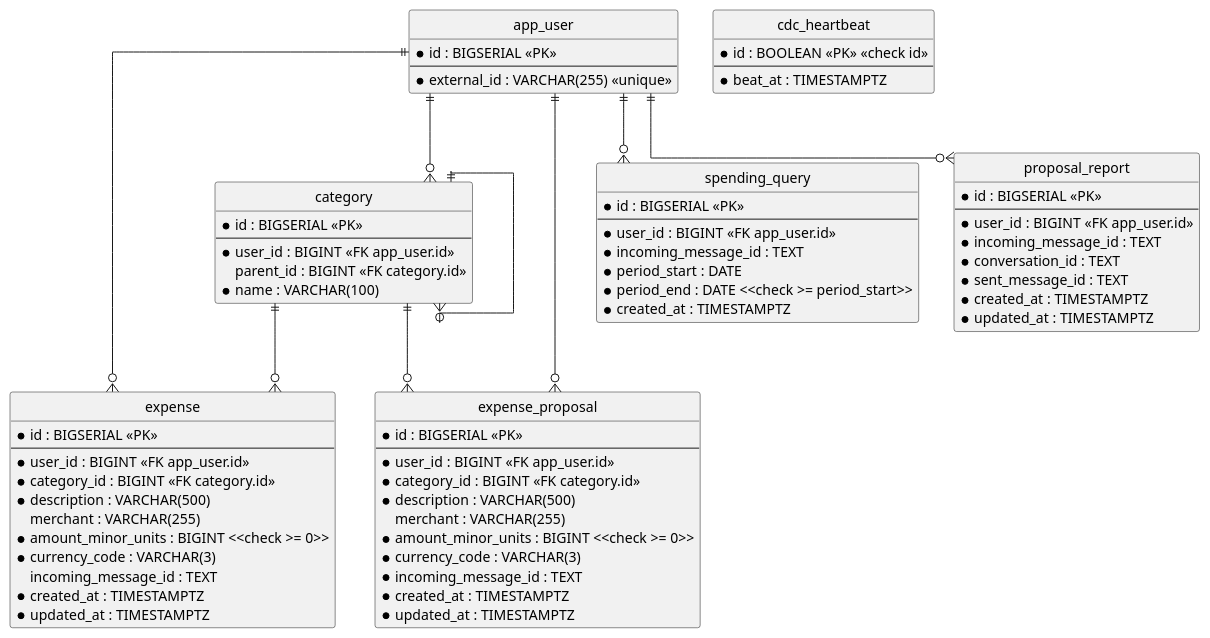
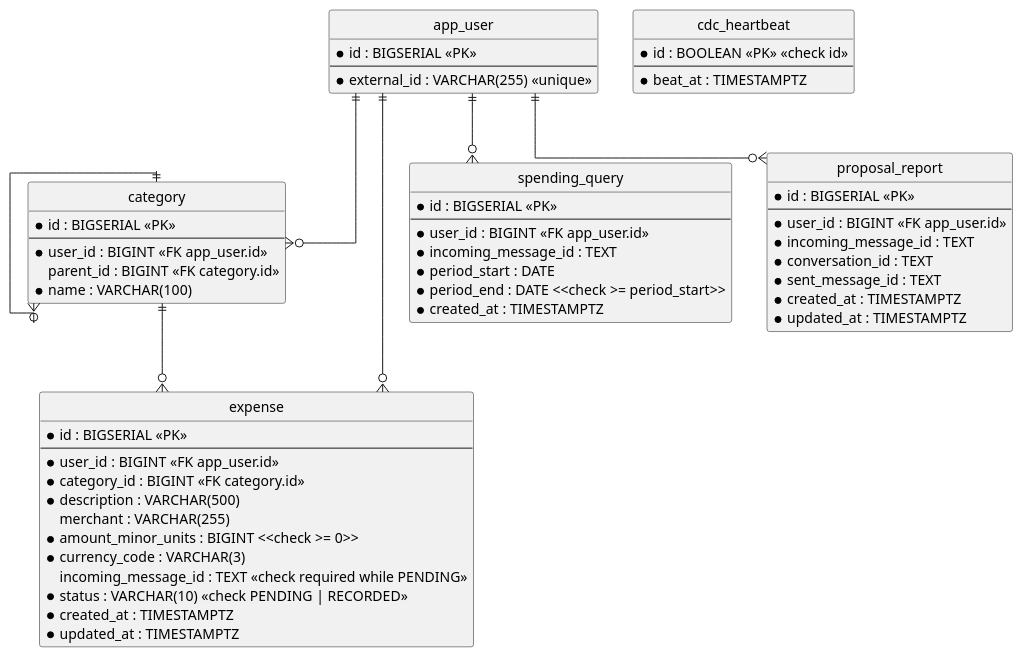
One commit to ds-usova/finance-bot changed the diagram in ledger-service/docs/contracts/out/database.md. Above: the diagram before and after it, drawn with PlantUML. The commit also changed other lines of this file and 27 other files, not shown here.

Commit message:
Documentation: one expense table, with a status

```diff
--- a/ledger-service/docs/contracts/out/database.md
+++ b/ledger-service/docs/contracts/out/database.md
@@ -39,21 +37,8 @@
   merchant : VARCHAR(255)
   * amount_minor_units : BIGINT <<check >= 0>>
   * currency_code : VARCHAR(3)
-  incoming_message_id : TEXT
-  * created_at : TIMESTAMPTZ
-  * updated_at : TIMESTAMPTZ
-}
-
-entity "expense_proposal" as expense_proposal {
-  * id : BIGSERIAL <<PK>>
-  --
-  * user_id : BIGINT <<FK app_user.id>>
-  * category_id : BIGINT <<FK category.id>>
-  * description : VARCHAR(500)
-  merchant : VARCHAR(255)
-  * amount_minor_units : BIGINT <<check >= 0>>
-  * currency_code : VARCHAR(3)
-  * incoming_message_id : TEXT
+  incoming_message_id : TEXT <<check required while PENDING>>
+  * status : VARCHAR(10) <<check PENDING | RECORDED>>
   * created_at : TIMESTAMPTZ
   * updated_at : TIMESTAMPTZ
 }
@@ -89,8 +74,6 @@
 category ||--o{ category
 app_user ||--o{ expense
 category ||--o{ expense
-app_user ||--o{ expense_proposal
-category ||--o{ expense_proposal
 app_user ||--o{ spending_query
 app_user ||--o{ proposal_report
 @enduml
```
